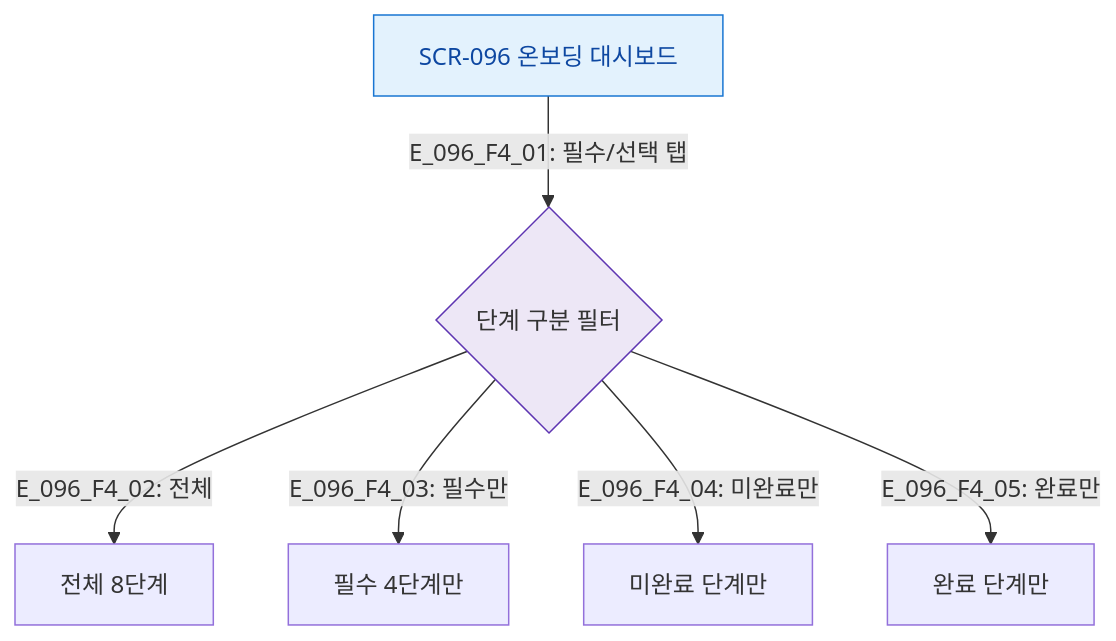
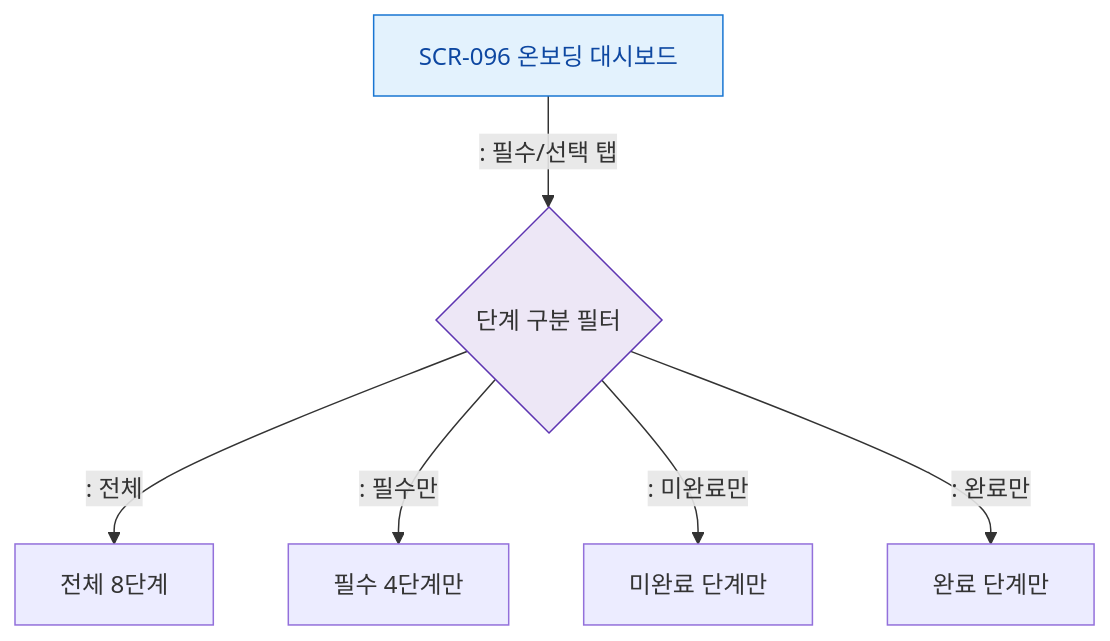
The diagram in docs/다이어그램/D10_본사관리/SCR-096_온보딩대시보드/F4_필터.md (dev-spogym/admin-pando), drawn with Mermaid before and after one commit. The commit also changed other lines of this file and 1660 other files, not shown here.

First line of the commit message:
다이어그램: 기획자/클라이언트 납품본으로 정리

````diff
--- a/docs/다이어그램/D10_본사관리/SCR-096_온보딩대시보드/F4_필터.md
+++ b/docs/다이어그램/D10_본사관리/SCR-096_온보딩대시보드/F4_필터.md
@@ -14,16 +12,16 @@
 ```mermaid
 flowchart TD
   SCR_096[SCR-096 온보딩 대시보드]
 
-  SCR_096 -->|"E_096_F4_01: 필수/선택 탭"| RequiredFilter{단계 구분 필터}
-  RequiredFilter -->|"E_096_F4_02: 전체"| AllSteps[전체 8단계]
-  RequiredFilter -->|"E_096_F4_03: 필수만"| RequiredOnly[필수 4단계만]
-  RequiredFilter -->|"E_096_F4_04: 미완료만"| PendingOnly[미완료 단계만]
-  RequiredFilter -->|"E_096_F4_05: 완료만"| DoneOnly[완료 단계만]
+  SCR_096 -->|": 필수/선택 탭"|RequiredFilter{단계 구분 필터}
+  RequiredFilter -->|": 전체"|AllSteps[전체 8단계]
+  RequiredFilter -->|": 필수만"|RequiredOnly[필수 4단계만]
+  RequiredFilter -->|": 미완료만"|PendingOnly[미완료 단계만]
+  RequiredFilter -->|": 완료만"|DoneOnly[완료 단계만]
 
   classDef screen fill:#E3F2FD,stroke:#1976D2,color:#0D47A1
   classDef system fill:#EDE7F6,stroke:#5E35B2
 
   class SCR_096 screen
   class RequiredFilter system
 ```
````
